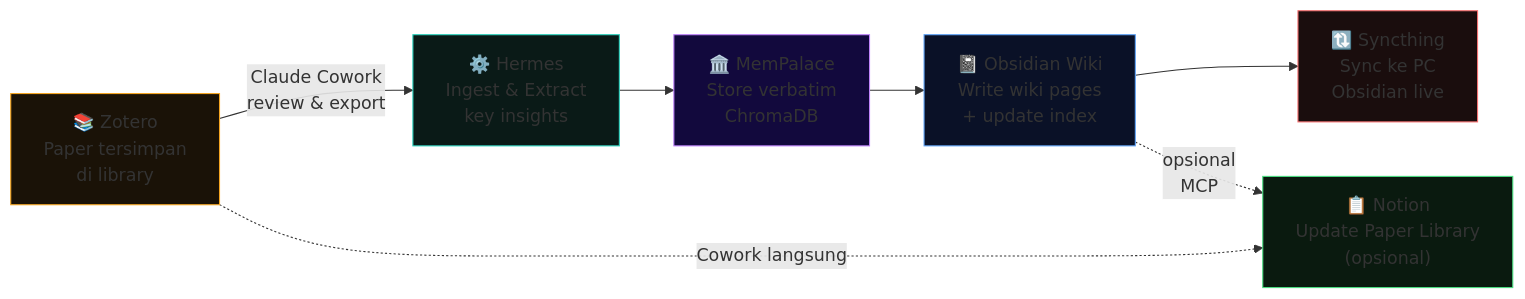
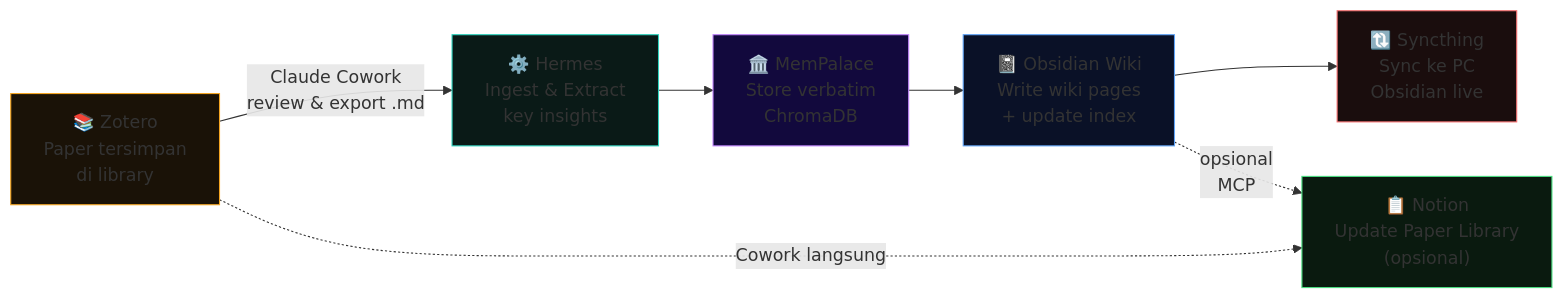
One commit to omankz/Hermes-Agent---Claude-Cowork---Notion---Obsidian changed the seventh of 7 diagrams in README.md. Above: the diagram before and after it, drawn with Mermaid. The commit also changed other lines of this file, not shown here.

````diff
--- a/README.md
+++ b/README.md
@@ -700,21 +701,21 @@
 ```mermaid
 flowchart LR
     A["📚 Zotero\nPaper tersimpan\ndi library"]
     B["⚙️ Hermes\nIngest & Extract\nkey insights"]
     C["🏛️ MemPalace\nStore verbatim\nChromaDB"]
     D["📓 Obsidian Wiki\nWrite wiki pages\n+ update index"]
     E["🔃 Syncthing\nSync ke PC\nObsidian live"]
     F["📋 Notion\nUpdate Paper Library\n(opsional)"]
 
-    A -->|"Claude Cowork\nreview & export"| B
+    A -->|"Claude Cowork\nreview & export .md"| B
     B --> C --> D --> E
     A -.->|"Cowork langsung"| F
     D -.->|"opsional\nMCP"| F
 
     style A fill:#1a1207,stroke:#f5a623
     style B fill:#0a1a17,stroke:#2dd4bf
     style C fill:#12093d,stroke:#c084fc
     style D fill:#0a1127,stroke:#60a5fa
     style E fill:#1a0d0d,stroke:#f87171
     style F fill:#0a1a0f,stroke:#4ade80
 ```
````
